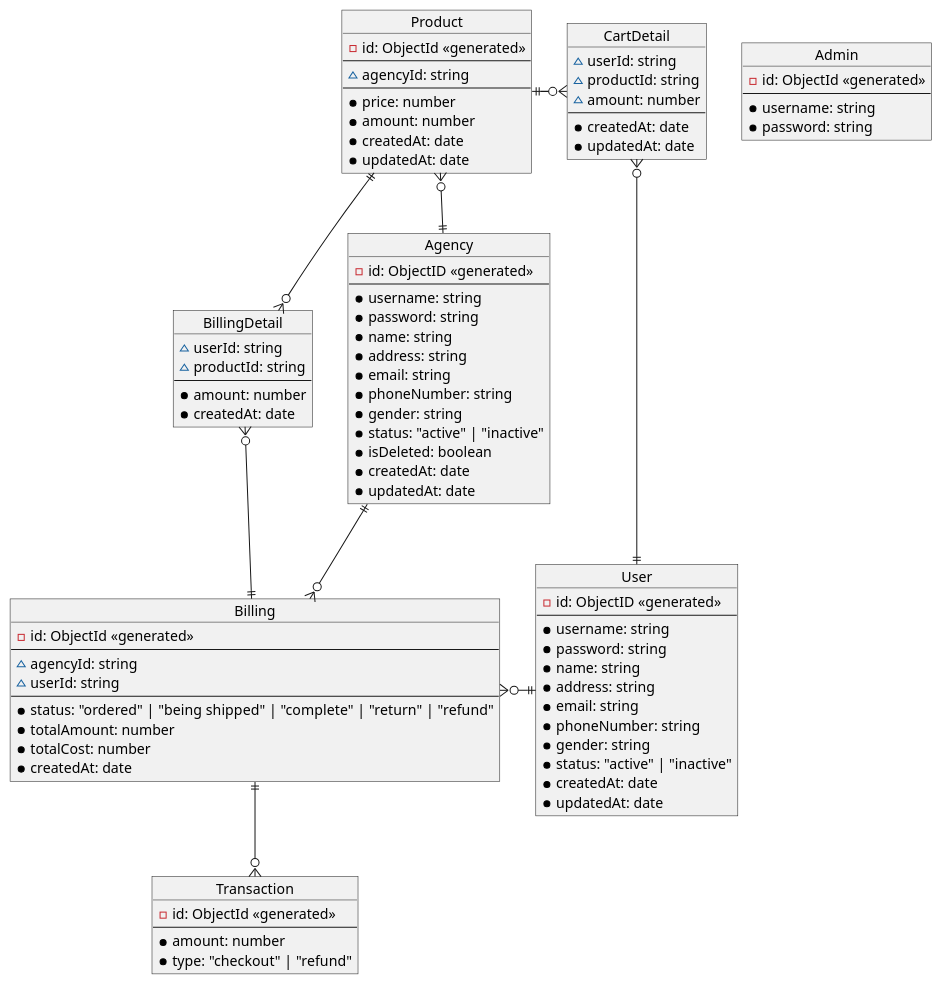
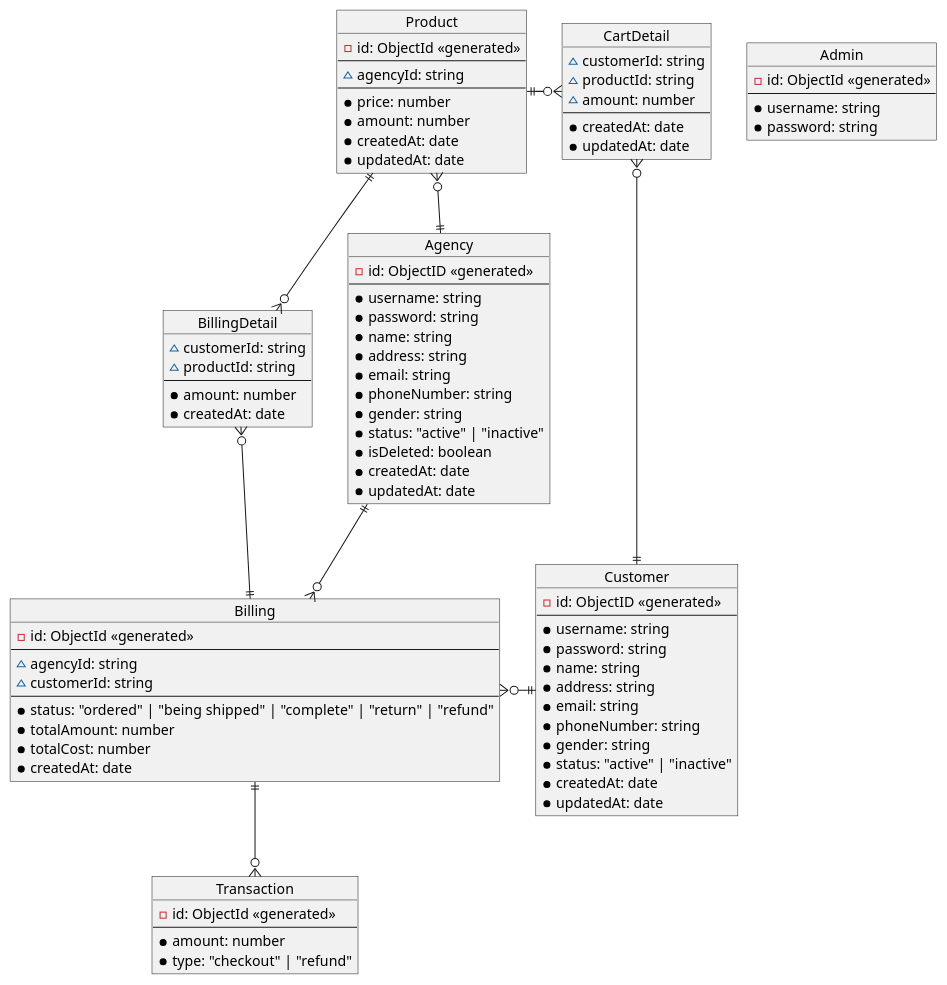
The diagram in UML/ERD.plantuml (felixnguyen678/udt-backend-test), drawn with PlantUML before and after one commit. The commit also changed 1 other file, not shown here.

Commit message:
Section 1 | rename User Entity to Customer Entity

```diff
--- a/UML/ERD.plantuml
+++ b/UML/ERD.plantuml
@@ -1,101 +1,101 @@
 @startuml ERD
 
-object User {
+object Customer {
   -id: ObjectID <<generated>>
   --
   *username: string
   *password: string
   *name: string
   *address: string
   *email: string
   *phoneNumber: string
   *gender: string
   *status: "active" | "inactive"
   *createdAt: date
   *updatedAt: date
 }
 
 object CartDetail {
-  ~userId: string
+  ~customerId: string
   ~productId: string
   ~amount: number
   --
   *createdAt: date
   *updatedAt: date
 }
 
 object Agency {
   -id: ObjectID <<generated>>
   --
   *username: string
   *password: string
   *name: string
   *address: string
   *email: string
   *phoneNumber: string
   *gender: string
   *status: "active" | "inactive"
   *isDeleted: boolean
   *createdAt: date
   *updatedAt: date
 }
 
 object Product {
   -id: ObjectId <<generated>>
   --
   ~agencyId: string
   --
   *price: number
   *amount: number
   *createdAt: date
   *updatedAt: date
 }
 
 object Billing{
   -id: ObjectId <<generated>>
   --
   ~agencyId: string
-  ~userId: string
+  ~customerId: string
   --
   *status: "ordered" | "being shipped" | "complete" | "return" | "refund"
   *totalAmount: number
   *totalCost: number
   *createdAt: date
 }
 object BillingDetail {
-  ~userId: string
+  ~customerId: string
   ~productId: string
   --
   *amount: number
   *createdAt: date
 }
 object Transaction {
   -id: ObjectId <<generated>>
   --
   *amount: number
   *type: "checkout" | "refund"
 }
 
 
 object Admin {
   -id: ObjectId <<generated>>
   --
   *username: string
   *password: string
 }
 
 
 Agency ||-right-o{ Billing
 Agency ||-up-o{ Product
-Billing }o-right-|| User
+Billing }o-right-|| Customer
 
 Product ||-right-o{ CartDetail
-CartDetail }o-down-|| User
+CartDetail }o-down-|| Customer
 
 Product ||-down-o{ BillingDetail
 
 Billing ||-up-o{ BillingDetail
 Billing ||-down-o{ Transaction
 
 
 @enduml
```
